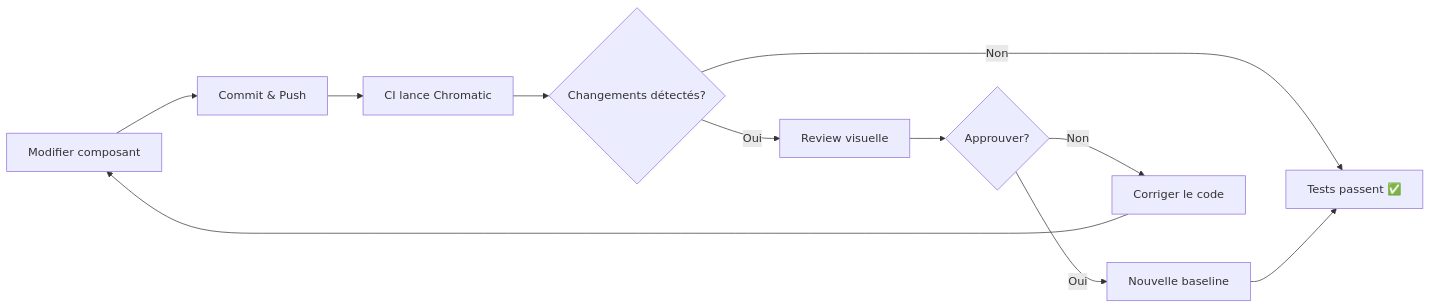
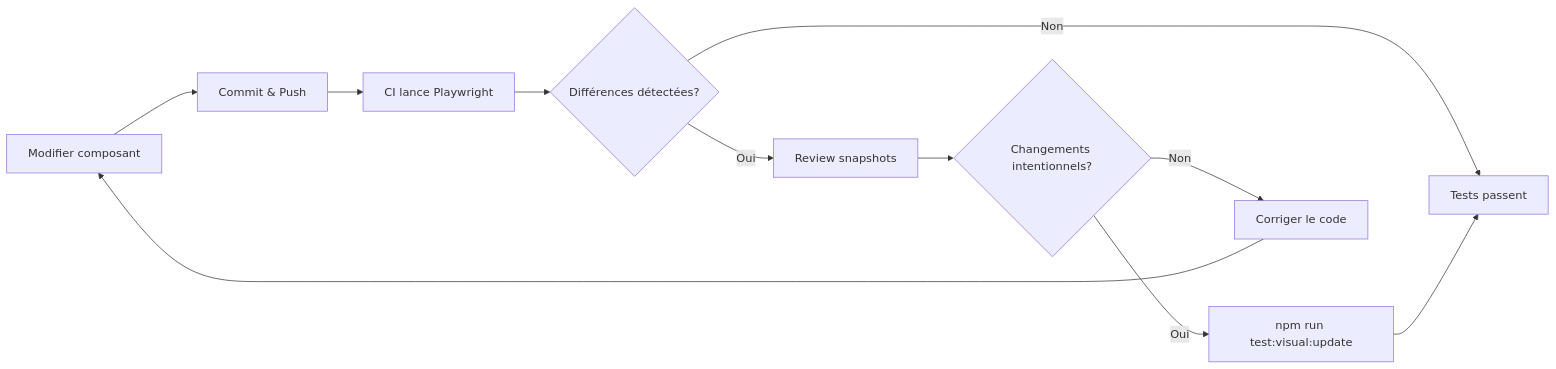
One commit to sopequenoteck/design-system changed the diagram in VISUAL-TESTING.md. Above: the diagram before and after it, drawn with Mermaid. The commit also changed other lines of this file and 129 other files, not shown here.

````diff
--- a/VISUAL-TESTING.md
+++ b/VISUAL-TESTING.md
@@ -90,13 +121,13 @@
 ```mermaid
 graph LR
     A[Modifier composant] --> B[Commit & Push]
-    B --> C[CI lance Chromatic]
-    C --> D{Changements détectés?}
-    D -->|Oui| E[Review visuelle]
-    D -->|Non| F[Tests passent ✅]
-    E --> G{Approuver?}
-    G -->|Oui| H[Nouvelle baseline]
+    B --> C[CI lance Playwright]
+    C --> D{Différences détectées?}
+    D -->|Oui| E[Review snapshots]
+    D -->|Non| F[Tests passent]
+    E --> G{Changements intentionnels?}
+    G -->|Oui| H[npm run test:visual:update]
     G -->|Non| I[Corriger le code]
     H --> F
     I --> A
 ```
````
